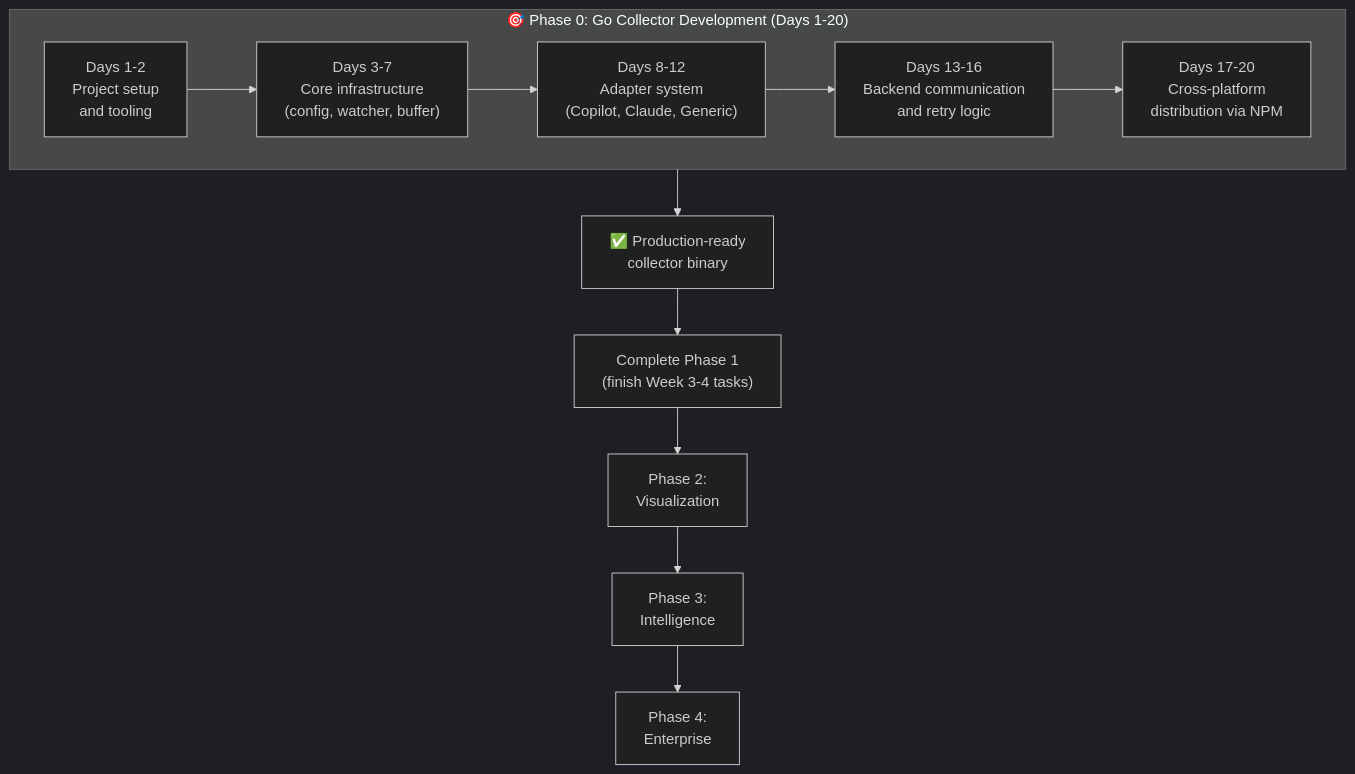
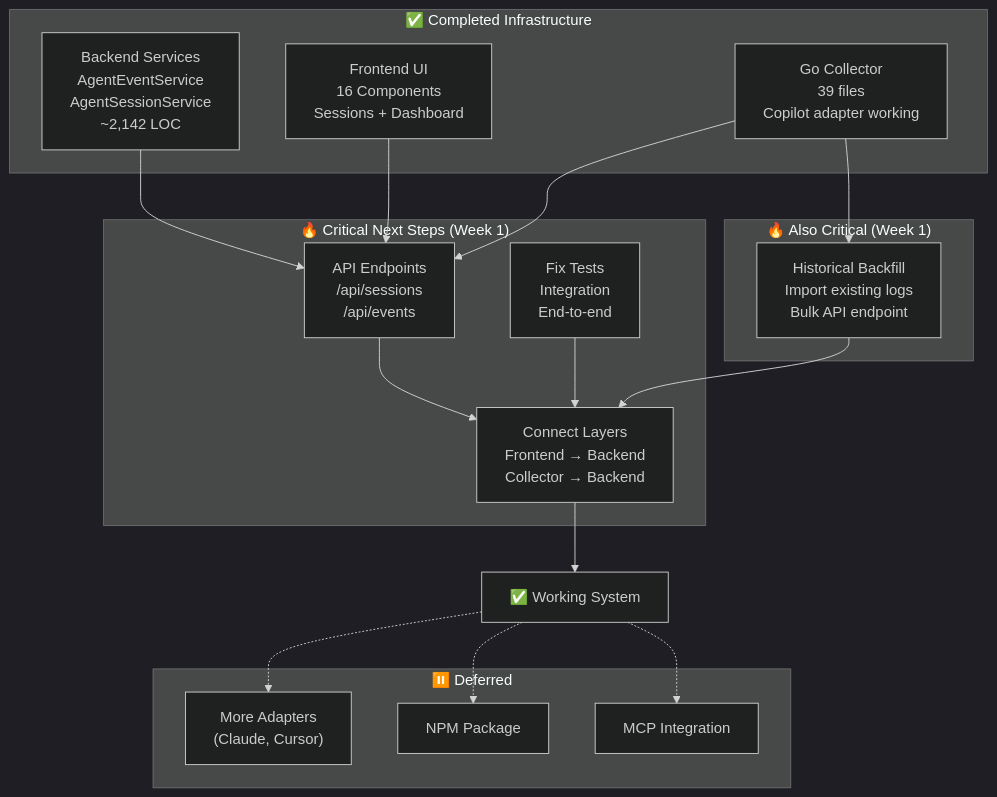
Before and after one commit to codervisor/devlog: the diagram in specs/20251021/001-ai-agent-observability/README.md, drawn with Mermaid (dark theme). The commit also changed other lines of this file, not shown here.

````diff
--- a/specs/20251021/001-ai-agent-observability/README.md
+++ b/specs/20251021/001-ai-agent-observability/README.md
@@ -205,20 +214,39 @@
 ```mermaid
 graph TB
-    subgraph Phase0["🎯 Phase 0: Go Collector Development (Days 1-20)"]
-        direction LR
-        D1["Days 1-2<br/>Project setup<br/>and tooling"]
-        D3["Days 3-7<br/>Core infrastructure<br/>(config, watcher, buffer)"]
-        D8["Days 8-12<br/>Adapter system<br/>(Copilot, Claude, Generic)"]
-        D13["Days 13-16<br/>Backend communication<br/>and retry logic"]
-        D17["Days 17-20<br/>Cross-platform<br/>distribution via NPM"]
-
-        D1 --> D3 --> D8 --> D13 --> D17
+    subgraph Current["✅ Completed Infrastructure"]
+        Backend["Backend Services<br/>AgentEventService<br/>AgentSessionService<br/>~2,142 LOC"]
+        Frontend["Frontend UI<br/>16 Components<br/>Sessions + Dashboard"]
+        Collector["Go Collector<br/>39 files<br/>Copilot adapter working"]
     end
 
-    D17 --> Output["✅ Production-ready<br/>collector binary"]
+    subgraph Critical["🔥 Critical Next Steps (Week 1)"]
+        API["API Endpoints<br/>/api/sessions<br/>/api/events"]
+        Tests["Fix Tests<br/>Integration<br/>End-to-end"]
+        Integration["Connect Layers<br/>Frontend → Backend<br/>Collector → Backend"]
+    end
 
-    Output --> Phase1["Complete Phase 1<br/>(finish Week 3-4 tasks)"]
-    Phase1 --> Phase2["Phase 2:<br/>Visualization"]
-    Phase2 --> Phase3["Phase 3:<br/>Intelligence"]
-    Phase3 --> Phase4["Phase 4:<br/>Enterprise"]
+    subgraph Critical2["🔥 Also Critical (Week 1)"]
+        Backfill["Historical Backfill<br/>Import existing logs<br/>Bulk API endpoint"]
+    end
+
+    subgraph Future["⏸️ Deferred"]
+        Adapters["More Adapters<br/>(Claude, Cursor)"]
+        NPM["NPM Package"]
+        MCP["MCP Integration"]
+    end
+
+    Backend --> API
+    Frontend --> API
+    Collector --> API
+    Collector --> Backfill
+
+    API --> Integration
+    Tests --> Integration
+    Backfill --> Integration
+
+    Integration --> Working["✅ Working System"]
+
+    Working -.-> Adapters
+    Working -.-> NPM
+    Working -.-> MCP
 ```
````
